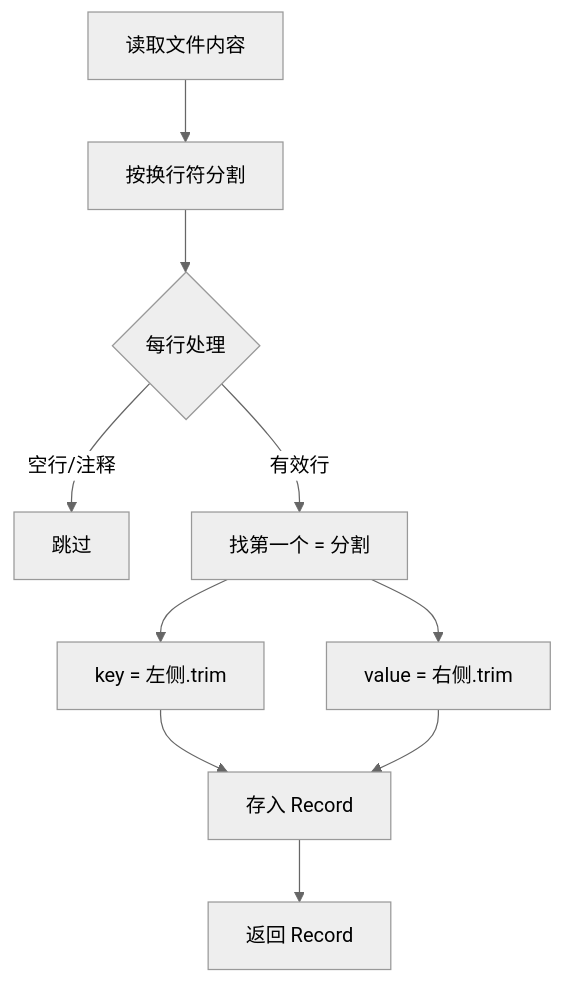
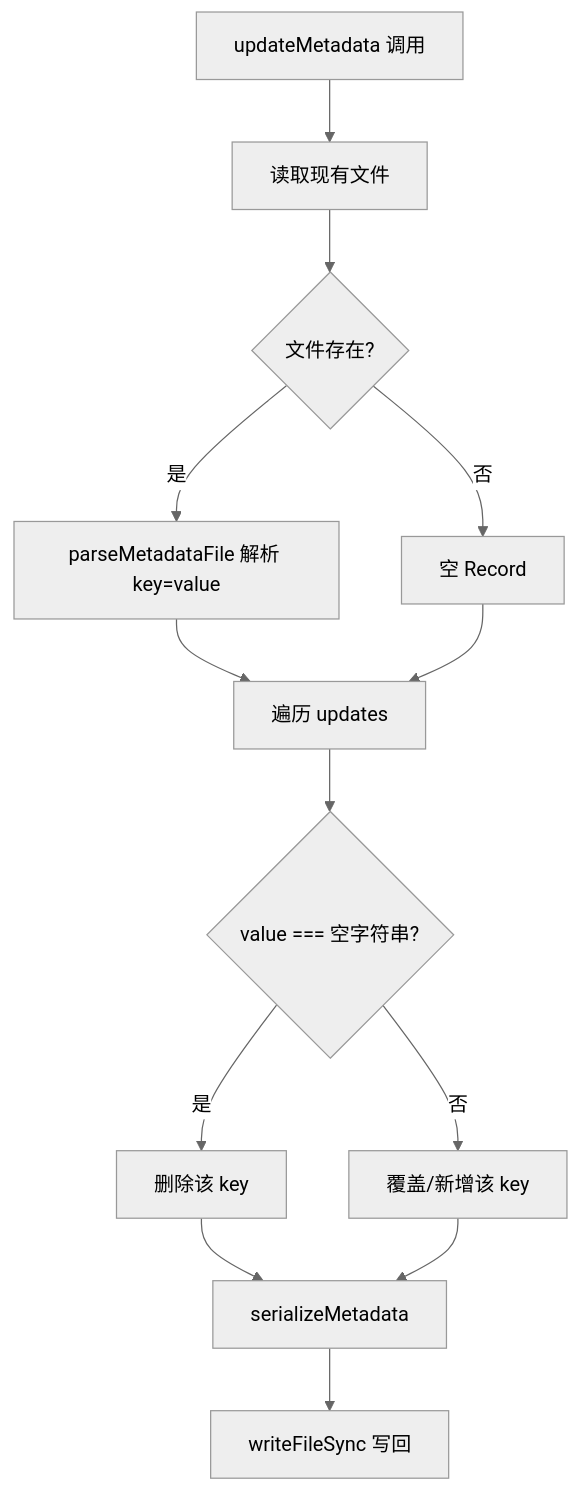
The first of 3 diagrams in knowledge/solutions/PD-06-AgentOrchestrator-FlatFile会话元数据持久化.md (lailoo/butcher-wiki), drawn with Mermaid (neutral theme) before and after one commit. The commit also changed other lines of this file and 738 other files, not shown here.

````diff
--- a/knowledge/solutions/PD-06-AgentOrchestrator-FlatFile会话元数据持久化.md
+++ b/knowledge/solutions/PD-06-AgentOrchestrator-FlatFile会话元数据持久化.md
@@ -84,12 +89,15 @@
 ```mermaid
 graph TD
-    A[读取文件内容] --> B[按换行符分割]
-    B --> C{每行处理}
-    C -->|空行/注释| D[跳过]
-    C -->|有效行| E[找第一个 = 分割]
-    E --> F[key = 左侧.trim]
-    E --> G[value = 右侧.trim]
-    F --> H[存入 Record]
-    G --> H
-    H --> I[返回 Record<string,string>]
+    A[updateMetadata 调用] --> B[读取现有文件]
+    B --> C{文件存在?}
+    C -->|是| D[parseMetadataFile 解析 key=value]
+    C -->|否| E[空 Record]
+    D --> F[遍历 updates]
+    E --> F
+    F --> G{value === 空字符串?}
+    G -->|是| H[删除该 key]
+    G -->|否| I[覆盖/新增该 key]
+    H --> J[serializeMetadata]
+    I --> J
+    J --> K[writeFileSync 写回]
 ```
````
